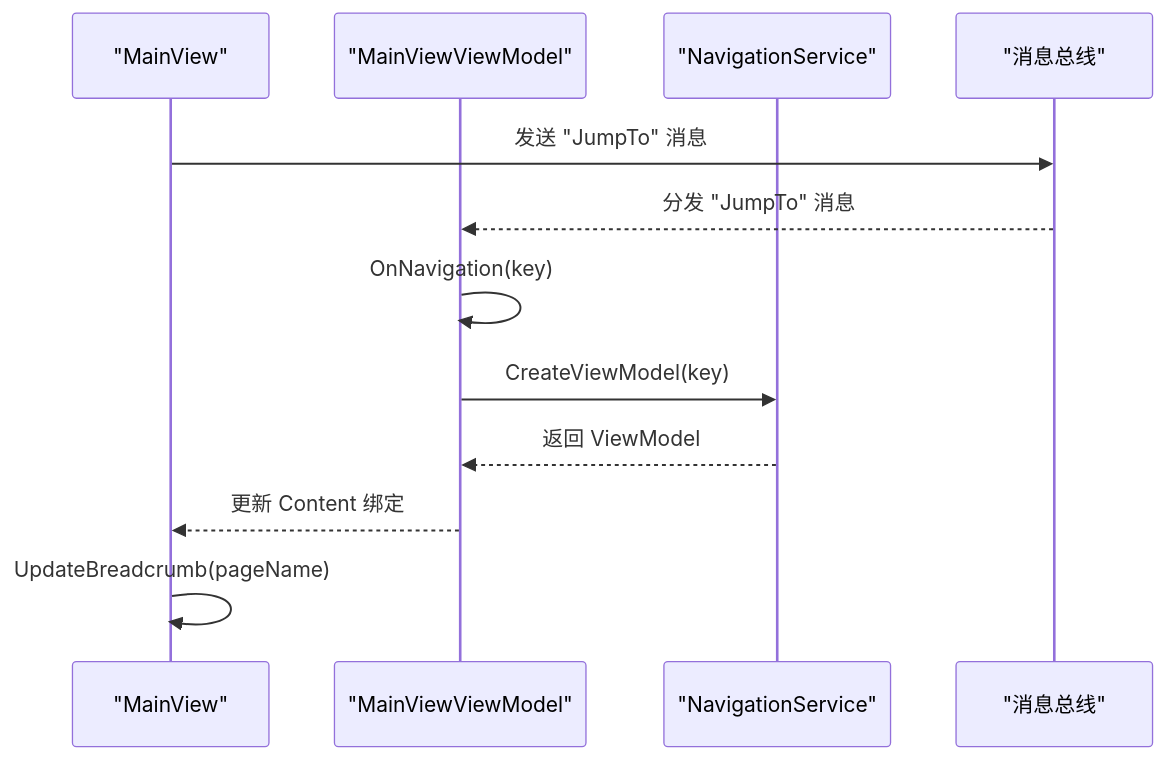
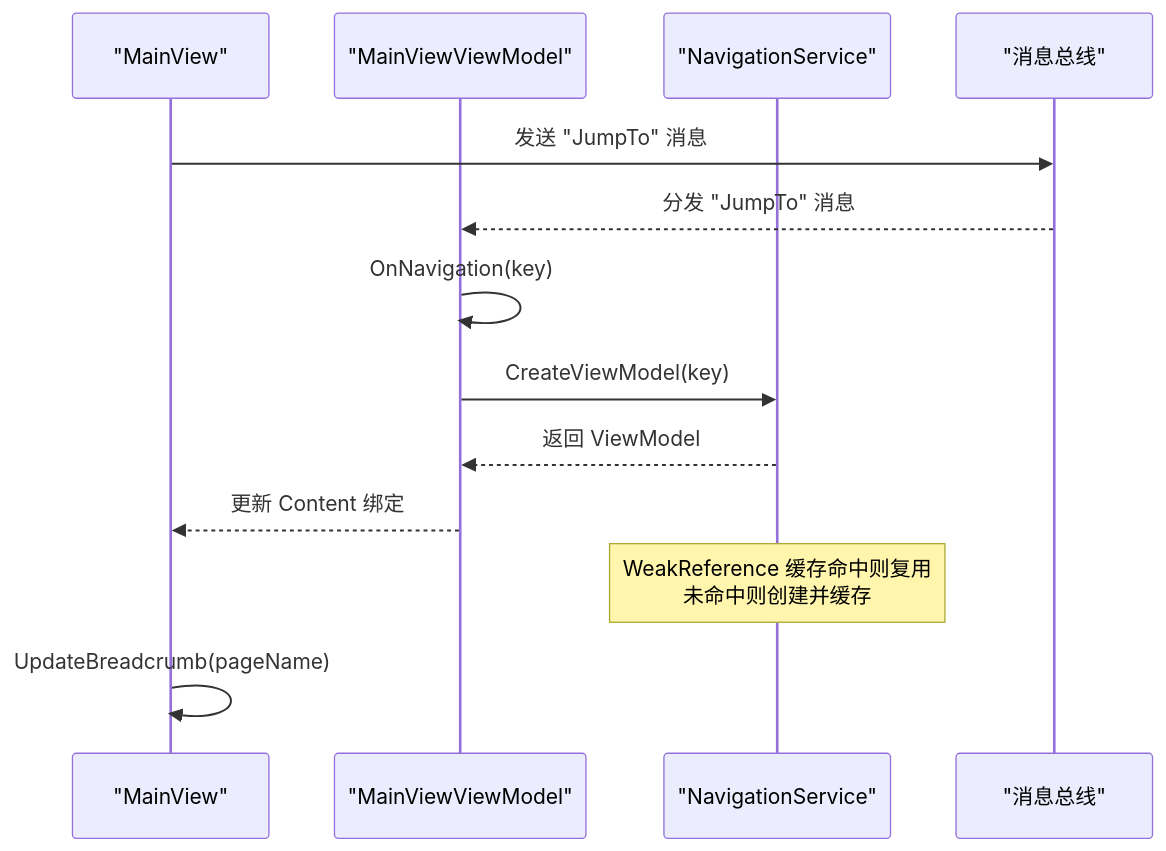
One commit to lytree/AvaloniaTemplate changed the sixth of 9 diagrams in .qoder/repowiki/zh/content/核心服务组件/导航服务.md. Above: the diagram before and after it, drawn with Mermaid. The commit also changed other lines of this file and 15 other files, not shown here.

````diff
--- a/.qoder/repowiki/zh/content/核心服务组件/导航服务.md
+++ b/.qoder/repowiki/zh/content/核心服务组件/导航服务.md
@@ -261,14 +295,15 @@
 ```mermaid
 sequenceDiagram
 participant UI as "MainView"
 participant VM as "MainViewViewModel"
 participant Nav as "NavigationService"
 participant Messenger as "消息总线"
 UI->>Messenger : 发送 "JumpTo" 消息
 Messenger-->>VM : 分发 "JumpTo" 消息
 VM->>VM : OnNavigation(key)
 VM->>Nav : CreateViewModel(key)
 Nav-->>VM : 返回 ViewModel
 VM-->>UI : 更新 Content 绑定
+Note over Nav : WeakReference 缓存命中则复用<br/>未命中则创建并缓存
 UI->>UI : UpdateBreadcrumb(pageName)
 ```
````
